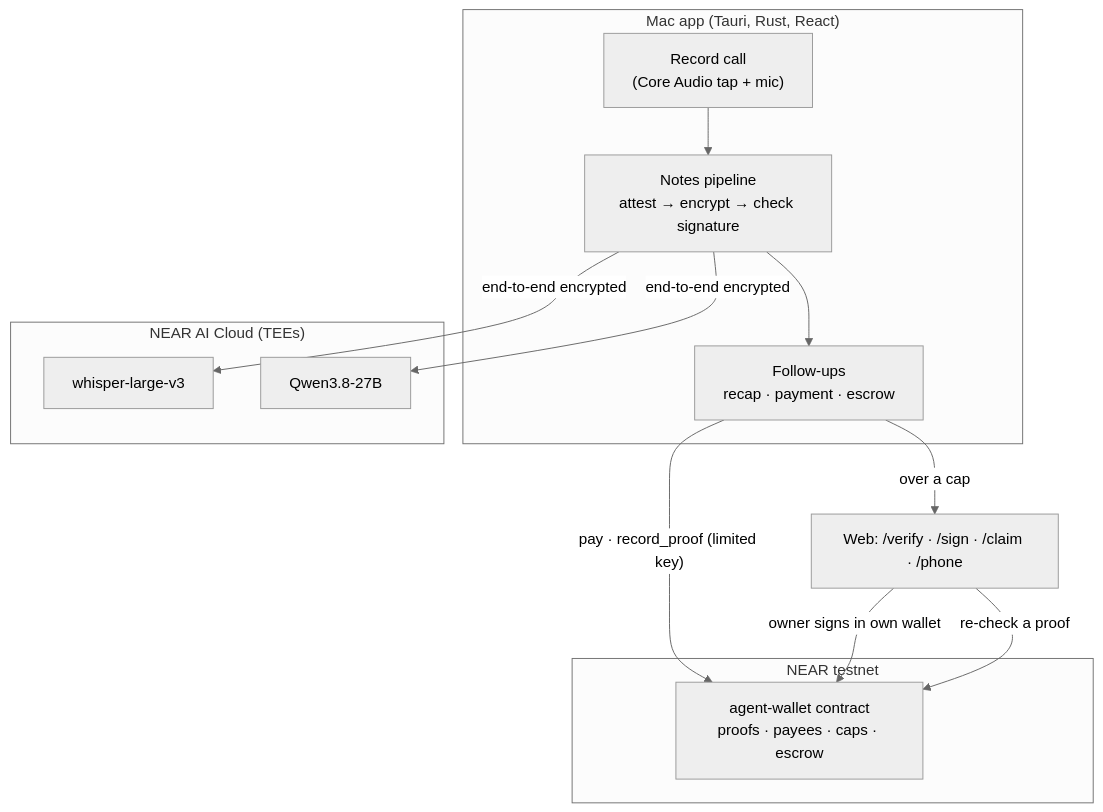
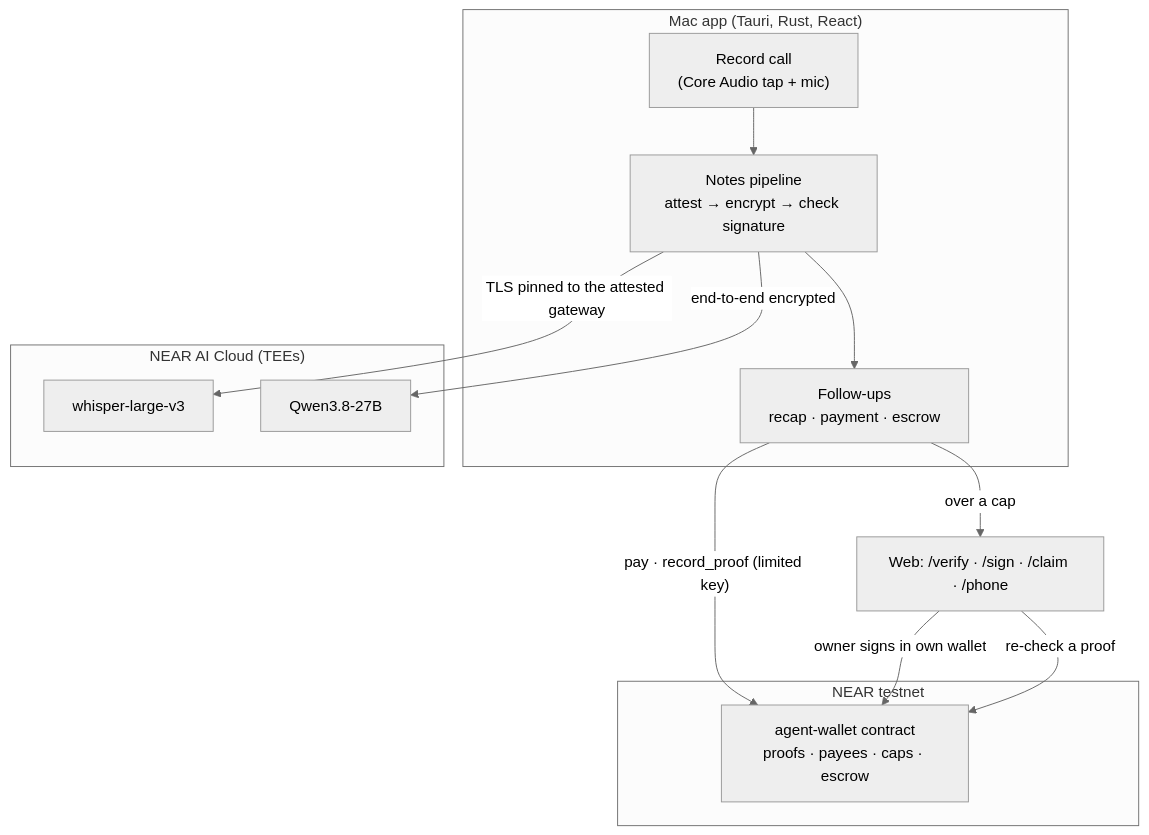
Before and after one commit to Don-Vicks/aftercall: the diagram in README.md, drawn with Mermaid (neutral theme).

Commit message:
docs: README's diagram says audio goes to transcription over pinned TLS, not end to end

````diff
--- a/README.md
+++ b/README.md
@@ -66,24 +66,24 @@
 ```mermaid
 flowchart TB
   subgraph Mac["Mac app (Tauri, Rust, React)"]
     rec["Record call<br/>(Core Audio tap + mic)"]
     notes["Notes pipeline<br/>attest → encrypt → check signature"]
     fu["Follow-ups<br/>recap · payment · escrow"]
   end
   subgraph AI["NEAR AI Cloud (TEEs)"]
     whisper["whisper-large-v3"]
     qwen["Qwen3.8-27B"]
   end
   subgraph NEAR["NEAR testnet"]
     wallet["agent-wallet contract<br/>proofs · payees · caps · escrow"]
   end
   web["Web: /verify · /sign · /claim · /phone"]
   rec --> notes
-  notes -- "end-to-end encrypted" --> whisper
+  notes -- "TLS pinned to the attested gateway" --> whisper
   notes -- "end-to-end encrypted" --> qwen
   notes --> fu
   fu -- "pay · record_proof (limited key)" --> wallet
   fu -- "over a cap" --> web
   web -- "owner signs in own wallet" --> wallet
   web -- "re-check a proof" --> wallet
 ```
````
